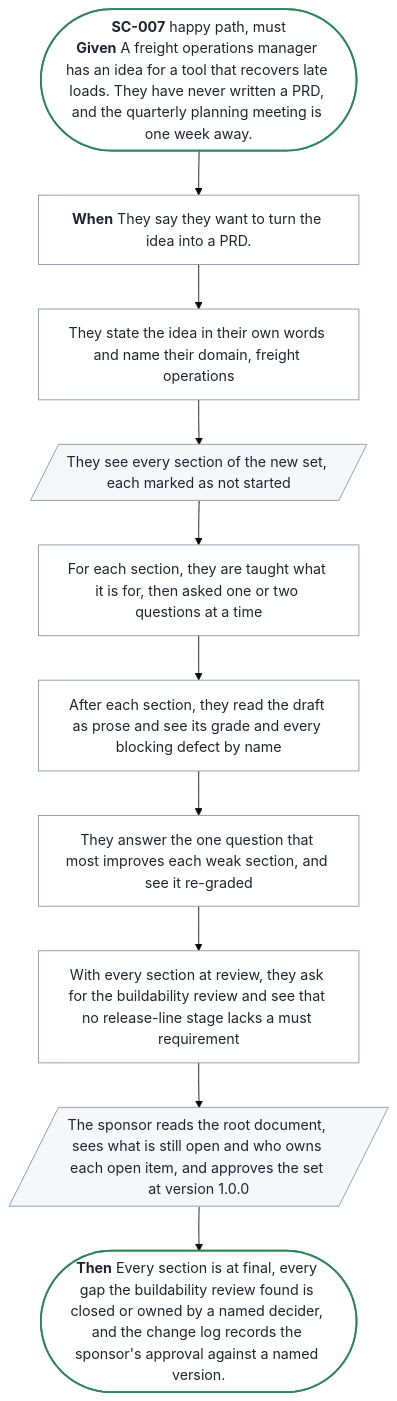
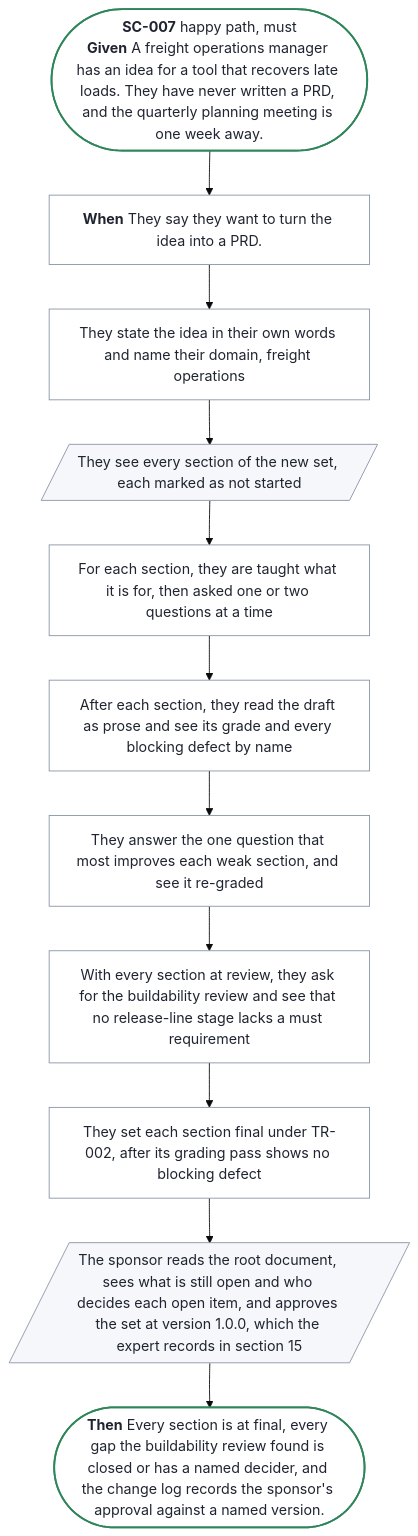
Before and after one commit to SpillwaveSolutions/prd-forge: the diagram in docs/prd/prd-forge/diagrams/SC-007.mmd, drawn with Mermaid (base theme). The commit also changed 59 other files, not shown here.

First line of the commit message:
Apply the expert's answers and raise every section toward 80

```diff
--- a/docs/prd/prd-forge/diagrams/SC-007.mmd
+++ b/docs/prd/prd-forge/diagrams/SC-007.mmd
@@ -1,26 +1,28 @@
 %% Generated by prd-diagrams.mjs from the scenario front matter. Do not edit.
 %%{init: {"flowchart": {"wrappingWidth": 300}}}%%
 flowchart TB
   start(["<b>SC-007</b> happy path, must<br/><b>Given</b> A freight operations manager has an idea for a tool that recovers late loads. They have never written a PRD, and the quarterly planning meeting is one week away."])
   trigger["<b>When</b> They say they want to turn the idea into a PRD."]
   s0["They state the idea in their own words and name their domain, freight operations"]
   s1[/"They see every section of the new set, each marked as not started"/]
   s2["For each section, they are taught what it is for, then asked one or two questions at a time"]
   s3["After each section, they read the draft as prose and see its grade and every blocking defect by name"]
   s4["They answer the one question that most improves each weak section, and see it re-graded"]
   s5["With every section at review, they ask for the buildability review and see that no release-line stage lacks a must requirement"]
-  s6[/"The sponsor reads the root document, sees what is still open and who owns each open item, and approves the set at version 1.0.0"/]
-  done(["<b>Then</b> Every section is at final, every gap the buildability review found is closed or owned by a named decider, and the change log records the sponsor's approval against a named version."])
-  start --> trigger --> s0 --> s1 --> s2 --> s3 --> s4 --> s5 --> s6 --> done
+  s6["They set each section final under TR-002, after its grading pass shows no blocking defect"]
+  s7[/"The sponsor reads the root document, sees what is still open and who decides each open item, and approves the set at version 1.0.0, which the expert records in section 15"/]
+  done(["<b>Then</b> Every section is at final, every gap the buildability review found is closed or has a named decider, and the change log records the sponsor's approval against a named version."])
+  start --> trigger --> s0 --> s1 --> s2 --> s3 --> s4 --> s5 --> s6 --> s7 --> done
   classDef ends fill:#FFFFFF,stroke:#2F855A,stroke-width:2px,color:#1F2430
   classDef sees fill:#F5F7FA,stroke:#8A94A6,color:#1F2430
   classDef does fill:#FFFFFF,stroke:#8A94A6,color:#1F2430
   class start,done ends
   class s0 does
   class s1 sees
   class s2 does
   class s3 does
   class s4 does
   class s5 does
-  class s6 sees
+  class s6 does
+  class s7 sees
   class trigger does
```
